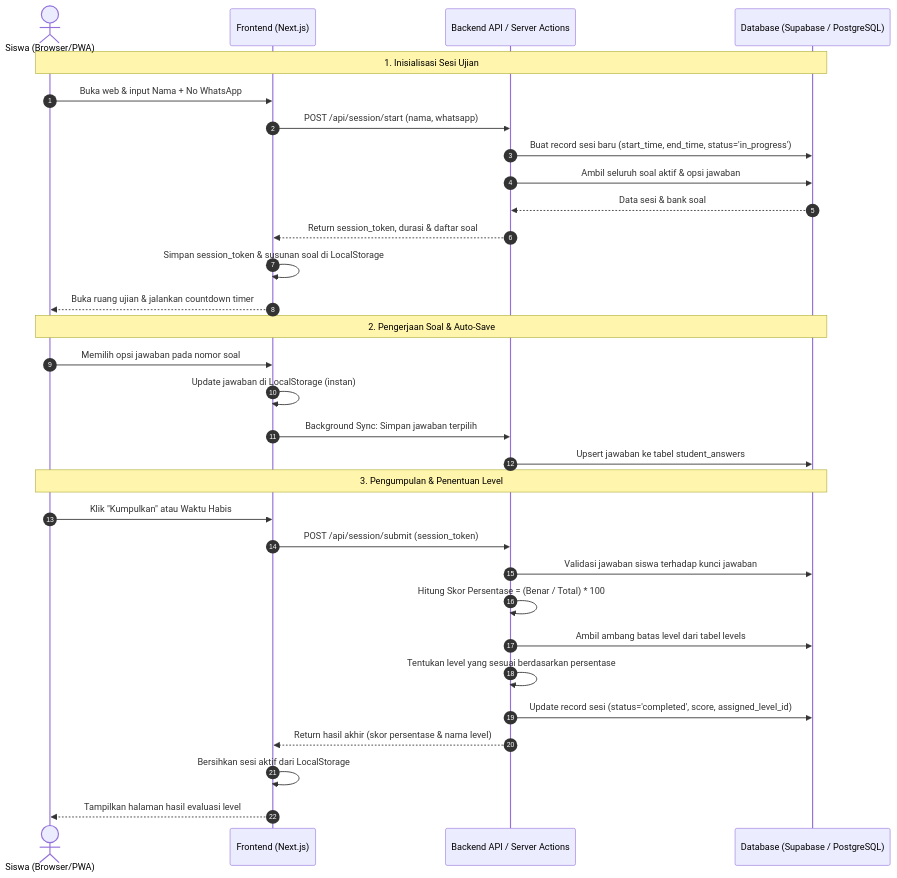
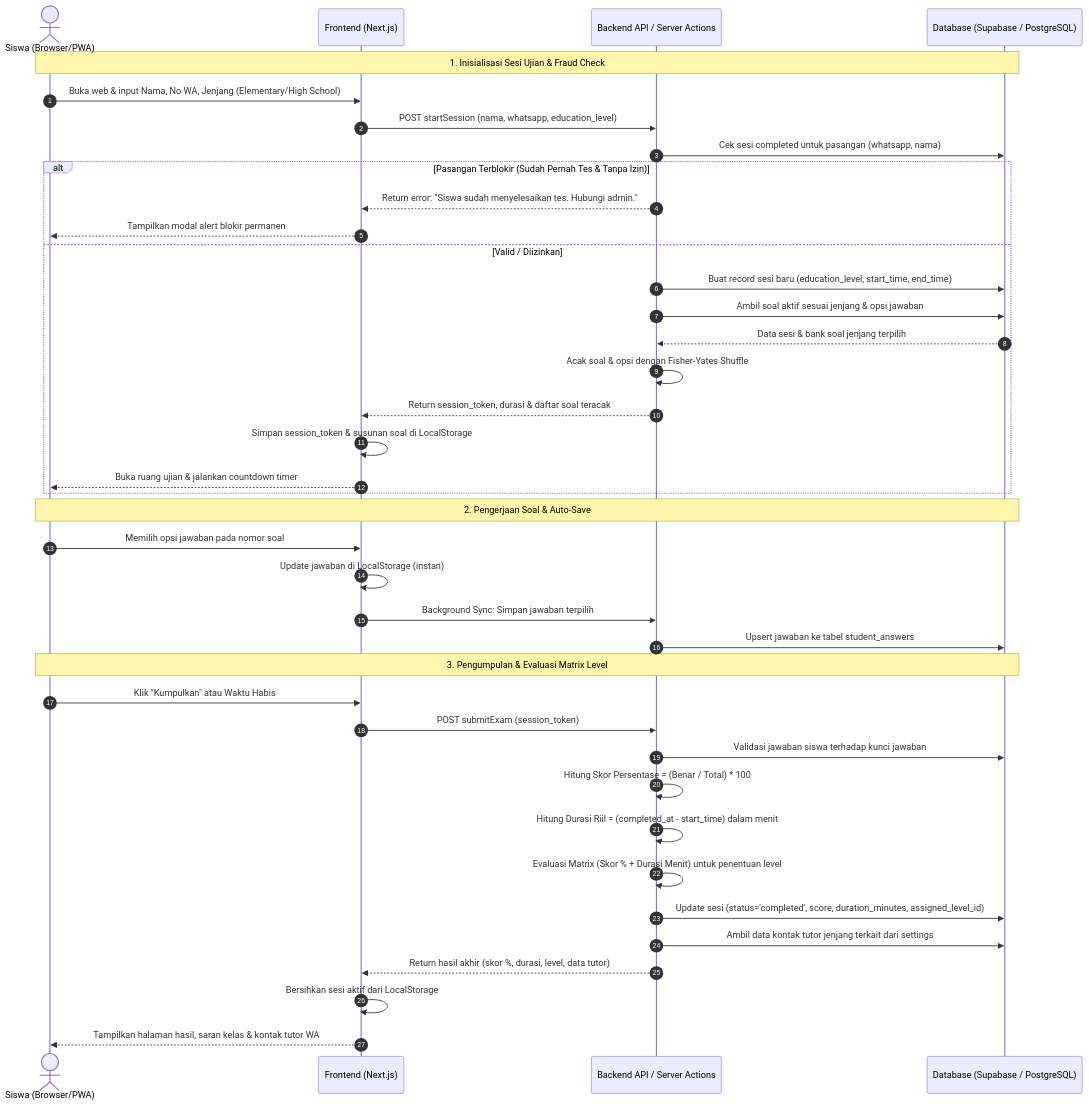
Before and after one commit to septianof/up-speaking: the first of 2 diagrams in PRD.md, drawn with Mermaid. The commit also changed other lines of this file and 3 other files, not shown here.

Commit message:
docs(specs): perbarui prd, ui-flow, task-breakdown, dan product.md untuk kebutuhan jenjang dan matrix level

````diff
--- a/PRD.md
+++ b/PRD.md
@@ -101,36 +126,44 @@
 ```mermaid
 sequenceDiagram
     autonumber
     actor Siswa as Siswa (Browser/PWA)
     participant FE as Frontend (Next.js)
     participant BE as Backend API / Server Actions
     participant DB as Database (Supabase / PostgreSQL)
 
-    Note over Siswa,DB: 1. Inisialisasi Sesi Ujian
-    Siswa->>FE: Buka web & input Nama + No WhatsApp
-    FE->>BE: POST /api/session/start (nama, whatsapp)
-    BE->>DB: Buat record sesi baru (start_time, end_time, status='in_progress')
-    BE->>DB: Ambil seluruh soal aktif & opsi jawaban
-    DB-->>BE: Data sesi & bank soal
-    BE-->>FE: Return session_token, durasi & daftar soal
-    FE->>FE: Simpan session_token & susunan soal di LocalStorage
-    FE-->>Siswa: Buka ruang ujian & jalankan countdown timer
+    Note over Siswa,DB: 1. Inisialisasi Sesi Ujian & Fraud Check
+    Siswa->>FE: Buka web & input Nama, No WA, Jenjang (Elementary/High School)
+    FE->>BE: POST startSession (nama, whatsapp, education_level)
+    BE->>DB: Cek sesi completed untuk pasangan (whatsapp, nama)
+    alt Pasangan Terblokir (Sudah Pernah Tes & Tanpa Izin)
+        BE-->>FE: Return error: "Siswa sudah menyelesaikan tes. Hubungi admin."
+        FE-->>Siswa: Tampilkan modal alert blokir permanen
+    else Valid / Diizinkan
+        BE->>DB: Buat record sesi baru (education_level, start_time, end_time)
+        BE->>DB: Ambil soal aktif sesuai jenjang & opsi jawaban
+        DB-->>BE: Data sesi & bank soal jenjang terpilih
+        BE->>BE: Acak soal & opsi dengan Fisher-Yates Shuffle
+        BE-->>FE: Return session_token, durasi & daftar soal teracak
+        FE->>FE: Simpan session_token & susunan soal di LocalStorage
+        FE-->>Siswa: Buka ruang ujian & jalankan countdown timer
+    end
 
     Note over Siswa,DB: 2. Pengerjaan Soal & Auto-Save
     Siswa->>FE: Memilih opsi jawaban pada nomor soal
     FE->>FE: Update jawaban di LocalStorage (instan)
     FE->>BE: Background Sync: Simpan jawaban terpilih
     BE->>DB: Upsert jawaban ke tabel student_answers
 
-    Note over Siswa,DB: 3. Pengumpulan & Penentuan Level
+    Note over Siswa,DB: 3. Pengumpulan & Evaluasi Matrix Level
     Siswa->>FE: Klik "Kumpulkan" atau Waktu Habis
-    FE->>BE: POST /api/session/submit (session_token)
+    FE->>BE: POST submitExam (session_token)
     BE->>DB: Validasi jawaban siswa terhadap kunci jawaban
     BE->>BE: Hitung Skor Persentase = (Benar / Total) * 100
-    BE->>DB: Ambil ambang batas level dari tabel levels
-    BE->>BE: Tentukan level yang sesuai berdasarkan persentase
-    BE->>DB: Update record sesi (status='completed', score, assigned_level_id)
-    BE-->>FE: Return hasil akhir (skor persentase & nama level)
+    BE->>BE: Hitung Durasi Riil = (completed_at - start_time) dalam menit
+    BE->>BE: Evaluasi Matrix (Skor % + Durasi Menit) untuk penentuan level
+    BE->>DB: Update sesi (status='completed', score, duration_minutes, assigned_level_id)
+    BE->>DB: Ambil data kontak tutor jenjang terkait dari settings
+    BE-->>FE: Return hasil akhir (skor %, durasi, level, data tutor)
     FE->>FE: Bersihkan sesi aktif dari LocalStorage
-    FE-->>Siswa: Tampilkan halaman hasil evaluasi level
+    FE-->>Siswa: Tampilkan halaman hasil, saran kelas & kontak tutor WA
 ```
````
